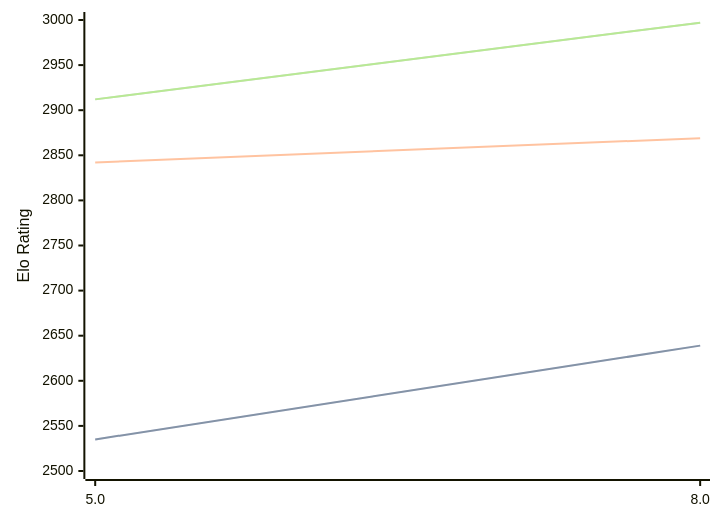
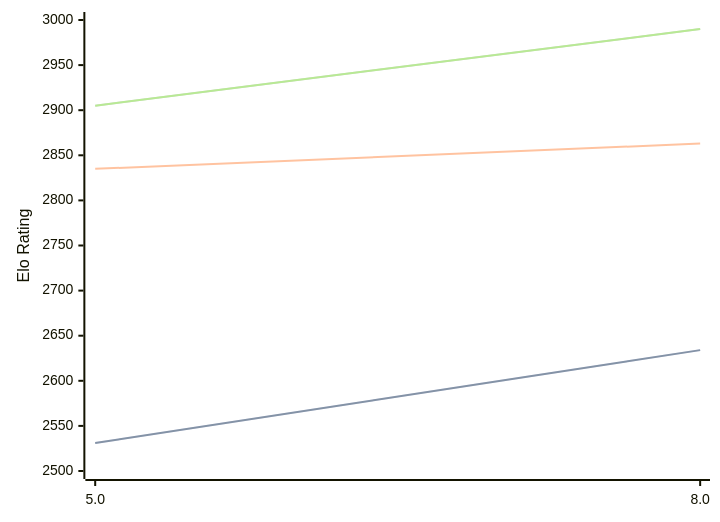
One commit to computer-chess-index/cci changed the diagram in engines/4kc.md. Above: the diagram before and after it, drawn with Mermaid. The commit also changed other lines of this file, not shown here.

Commit message:
Update CCI Ratings (ELO VLTC) - 2026-05-18

````diff
--- a/engines/4kc.md
+++ b/engines/4kc.md
@@ -41,11 +41,11 @@
 ```mermaid
 %%{init: {"theme":"base","themeVariables":{"seriesColors:['#a3a3a3','#222221','#faa371']}}}%%
 xychart-beta
   x-axis ["5.0", "8.0"]
   y-axis "Elo Rating" 2500 --> 3000
-  line "STC (8.0+0.08s)" [2535, 2639]
-  line "STC (8.0+0.08s)" [2535, 2639]
-  line "LTC (60.0+0.60s)" [2842, 2869]
-  line "VLTC (2m24s+1.12s)" [2912, 2997]
-  line "VLTC (2m24s+1.12s)" [2912, 2997]
+  line "STC (8.0+0.08s)" [2531, 2634]
+  line "STC (8.0+0.08s)" [2531, 2634]
+  line "LTC (60.0+0.60s)" [2835, 2863]
+  line "VLTC (2m24s+1.12s)" [2905, 2990]
+  line "VLTC (2m24s+1.12s)" [2905, 2990]
 ```
````
